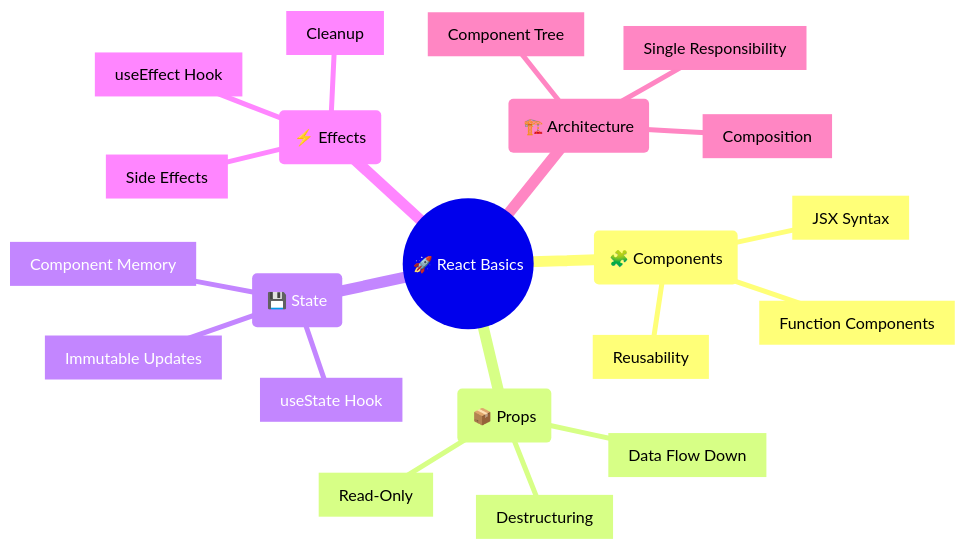
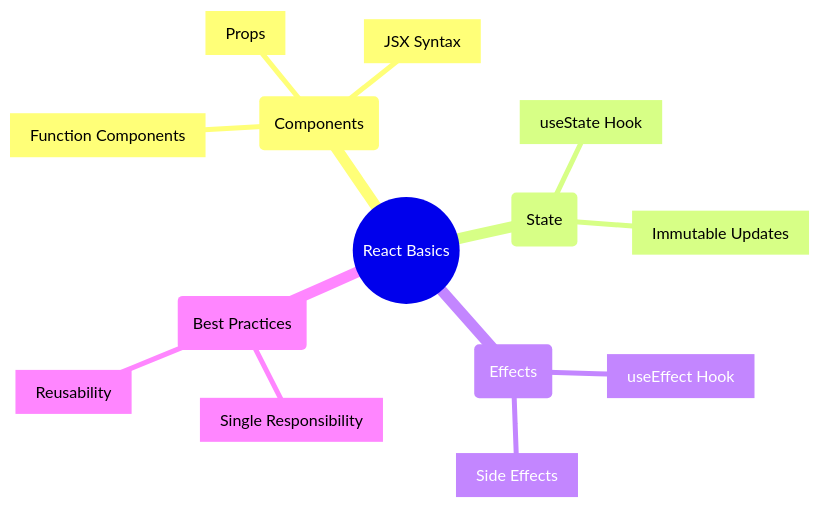
Before and after one commit to scifigurmeet/fullstack: the third of 3 diagrams in React Basics & Hooks.md, drawn with Mermaid. The commit also changed other lines of this file, not shown here.

Commit message:
Update React Basics & Hooks.md

````diff
--- a/React Basics & Hooks.md
+++ b/React Basics & Hooks.md
@@ -868,24 +411,17 @@
 ```mermaid
 mindmap
-  root((🚀 React Basics))
-    (🧩 Components)
+  root((React Basics))
+    (Components)
       [Function Components]
       [JSX Syntax]
-      [Reusability]
-    (📦 Props)
-      [Data Flow Down]
-      [Read-Only]
-      [Destructuring]
-    (💾 State)
+      [Props]
+    (State)
       [useState Hook]
-      [Component Memory]
       [Immutable Updates]
-    (⚡ Effects)
+    (Effects)
       [useEffect Hook]
       [Side Effects]
-      [Cleanup]
-    (🏗️ Architecture)
-      [Component Tree]
+    (Best Practices)
       [Single Responsibility]
-      [Composition]
+      [Reusability]
 ```
````
